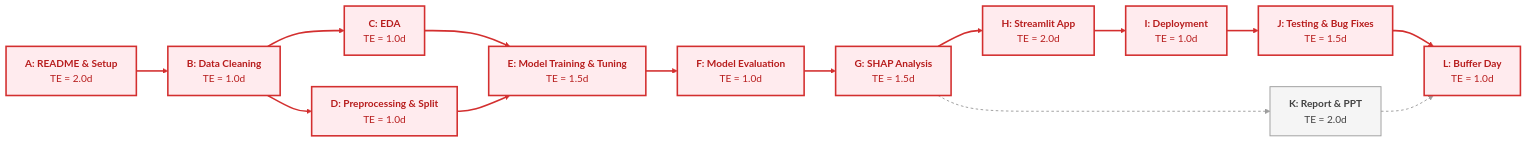
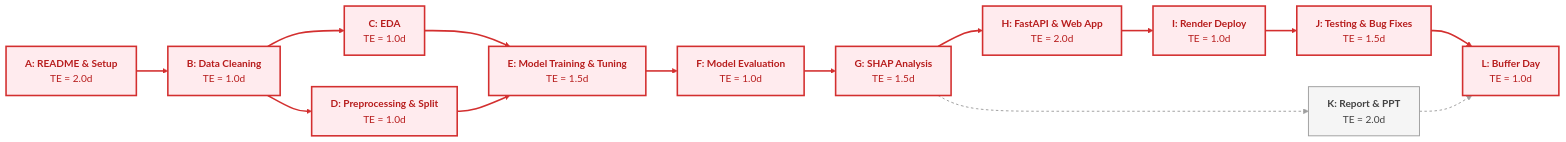
The second of 2 diagrams in README.md (Ram-bhardwaj12/Heart-Disease-Risk), drawn with Mermaid before and after one commit. The commit also changed other lines of this file, not shown here.

Commit message:
Update submission deadline to 19 Nov 2026 and modernize schedule to FastAPI on Render

````diff
--- a/README.md
+++ b/README.md
@@ -259,35 +260,35 @@
 ```mermaid
 flowchart LR
     classDef crit fill:#ffebee,stroke:#d32f2f,stroke-width:2.5px,color:#b71c1c;
     classDef noncrit fill:#f5f5f5,stroke:#9e9e9e,stroke-width:1.5px,color:#424242;
 
     A["<b>A: README & Setup</b><br>TE = 2.0d"]:::crit
     B["<b>B: Data Cleaning</b><br>TE = 1.0d"]:::crit
     C["<b>C: EDA</b><br>TE = 1.0d"]:::crit
     D["<b>D: Preprocessing & Split</b><br>TE = 1.0d"]:::crit
     E["<b>E: Model Training & Tuning</b><br>TE = 1.5d"]:::crit
     F["<b>F: Model Evaluation</b><br>TE = 1.0d"]:::crit
     G["<b>G: SHAP Analysis</b><br>TE = 1.5d"]:::crit
-    H["<b>H: Streamlit App</b><br>TE = 2.0d"]:::crit
-    I["<b>I: Deployment</b><br>TE = 1.0d"]:::crit
+    H["<b>H: FastAPI & Web App</b><br>TE = 2.0d"]:::crit
+    I["<b>I: Render Deploy</b><br>TE = 1.0d"]:::crit
     J["<b>J: Testing & Bug Fixes</b><br>TE = 1.5d"]:::crit
     K["<b>K: Report & PPT</b><br>TE = 2.0d"]:::noncrit
     L["<b>L: Buffer Day</b><br>TE = 1.0d"]:::crit
 
     A --> B
     B --> C
     B --> D
     C --> E
     D --> E
     E --> F
     F --> G
     G --> H
     H --> I
     I --> J
     G -.-> K
     J --> L
     K -.-> L
 
     linkStyle 0,1,2,3,4,5,6,7,8,9,11 stroke:#d32f2f,stroke-width:2.5px;
     linkStyle 10,12 stroke:#9e9e9e,stroke-width:1.5px,stroke-dasharray: 4 4;
 ```
````
